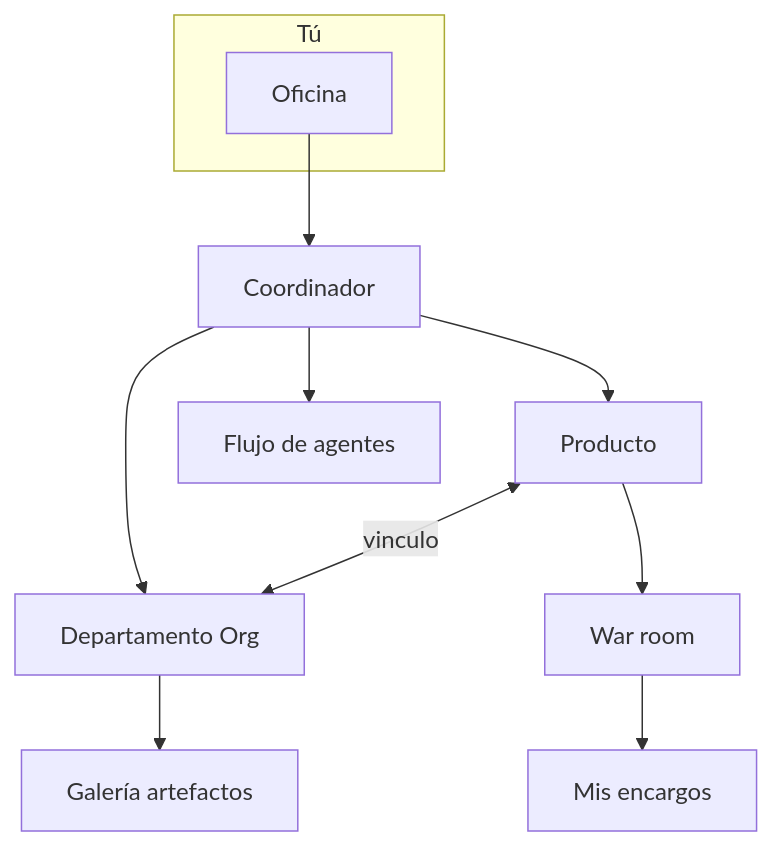
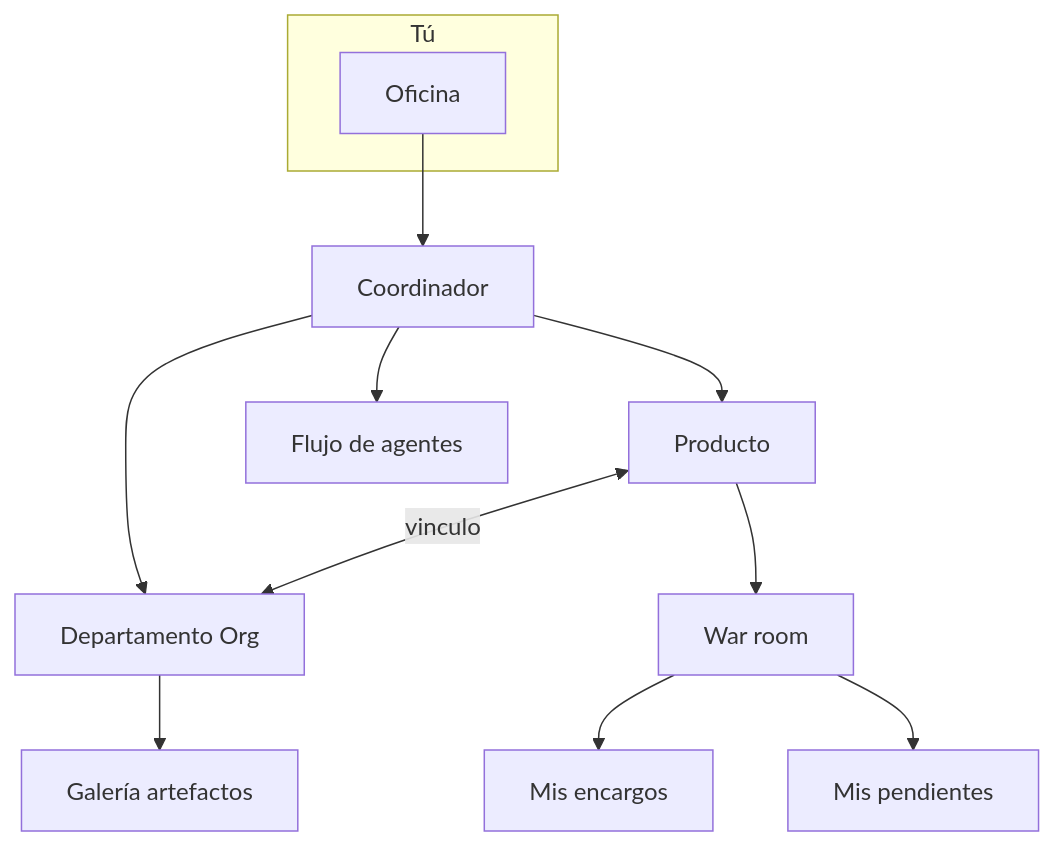
Before and after one commit to kreodevs/ia-company: the second of 2 diagrams in frontend/src/content/help/tutorial.md, drawn with Mermaid. The commit also changed other lines of this file and 26 other files, not shown here.

````diff
--- a/frontend/src/content/help/tutorial.md
+++ b/frontend/src/content/help/tutorial.md
@@ -88,14 +102,15 @@
 ```mermaid
 flowchart TB
   subgraph tu [Tú]
     O[Oficina]
   end
   O --> C[Coordinador]
   C --> P[Producto]
   C --> D[Departamento Org]
   C --> F[Flujo de agentes]
   P <-->|vinculo| D
   P --> W[War room]
   W --> E[Mis encargos]
+  W --> I[Mis pendientes]
   D --> G[Galería artefactos]
 ```
````
